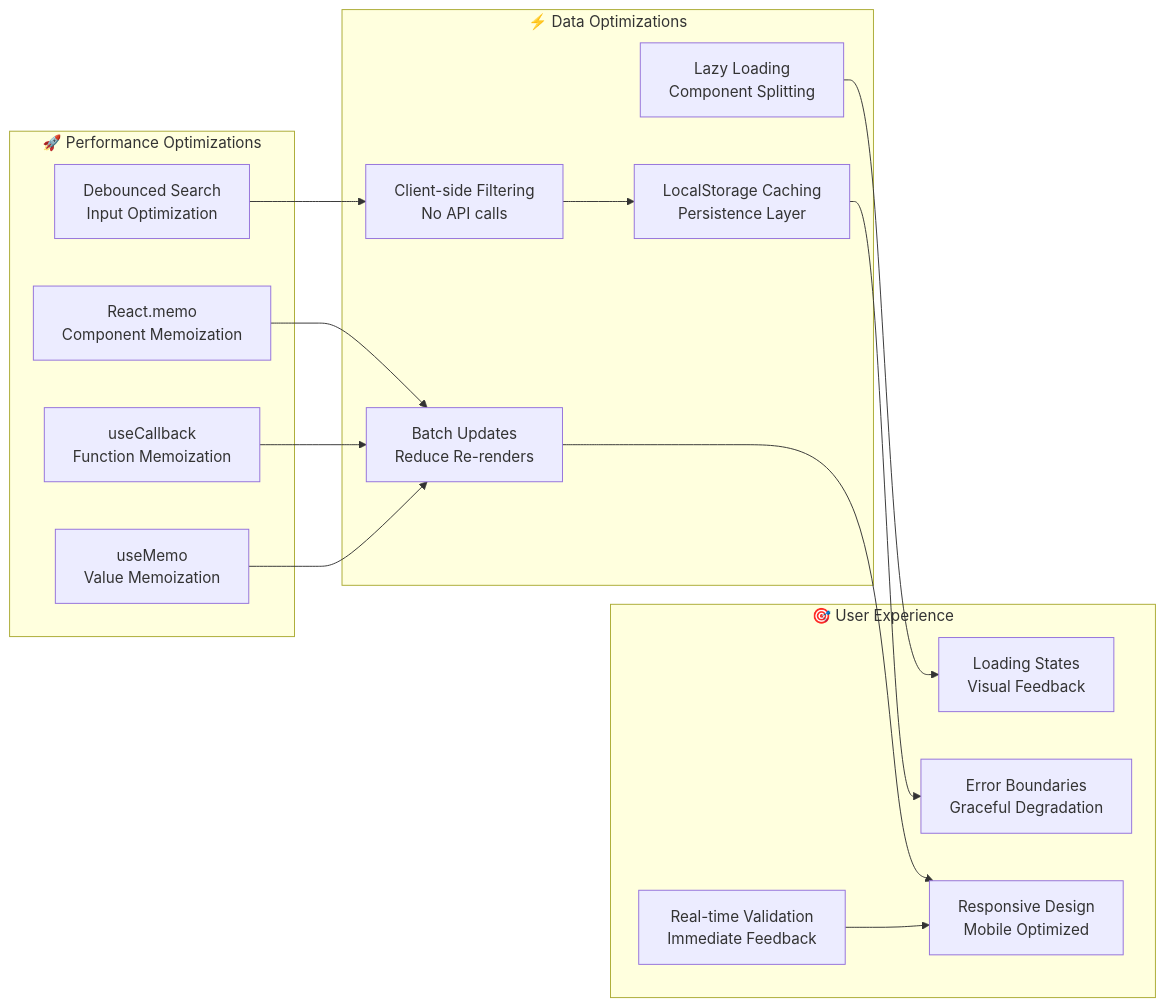
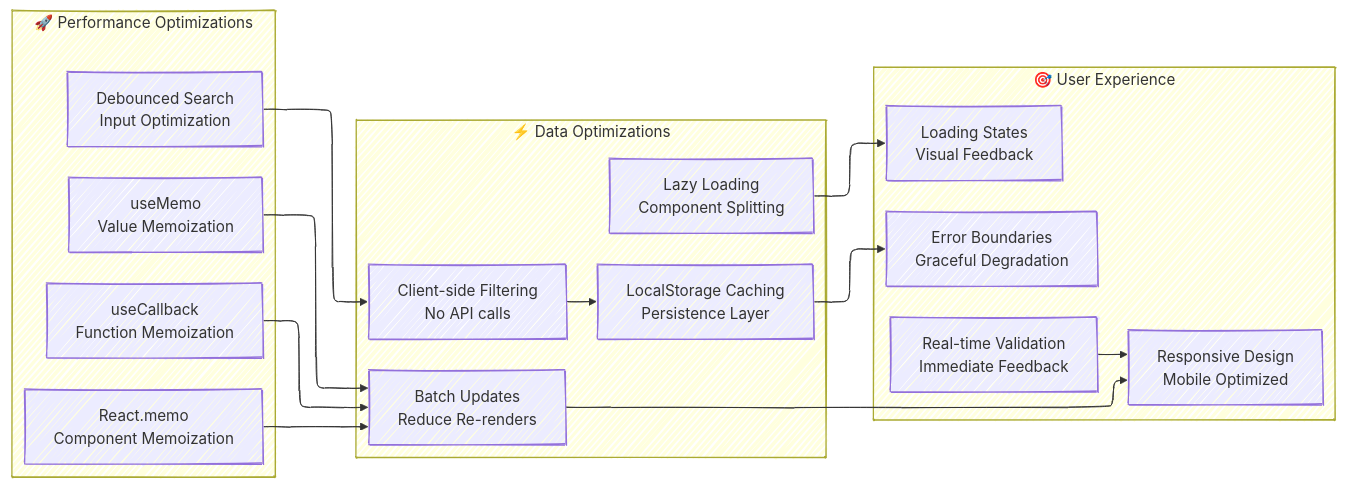
The sixth of 7 diagrams in PROJECT_ARCHITECTURE.md (shahinabdi/Salary-Manager), drawn with Mermaid before and after one commit. The commit also changed other lines of this file, not shown here.

Commit message:
refactor: update architecture diagrams for clarity and organization

````diff
--- a/PROJECT_ARCHITECTURE.md
+++ b/PROJECT_ARCHITECTURE.md
@@ -463,33 +405,39 @@
 ```mermaid
+---
+config:
+  layout: elk
+  look: handDrawn
+  theme: mc
+---
 graph LR
     subgraph "🚀 Performance Optimizations"
         MEMO[React.memo<br/>Component Memoization]
         CALLBACK[useCallback<br/>Function Memoization]
         USEMEMO[useMemo<br/>Value Memoization]
         DEBOUNCE[Debounced Search<br/>Input Optimization]
     end
     
     subgraph "⚡ Data Optimizations"
         FILTER[Client-side Filtering<br/>No API calls]
         LAZY[Lazy Loading<br/>Component Splitting]
         CACHE[LocalStorage Caching<br/>Persistence Layer]
         BATCH[Batch Updates<br/>Reduce Re-renders]
     end
     
     subgraph "🎯 User Experience"
         LOADING[Loading States<br/>Visual Feedback]
         ERROR[Error Boundaries<br/>Graceful Degradation]
         RESPONSIVE[Responsive Design<br/>Mobile Optimized]
         VALIDATION[Real-time Validation<br/>Immediate Feedback]
     end
     
     MEMO --> BATCH
     CALLBACK --> BATCH
     USEMEMO --> BATCH
     DEBOUNCE --> FILTER
     FILTER --> CACHE
     LAZY --> LOADING
     CACHE --> ERROR
     BATCH --> RESPONSIVE
     VALIDATION --> RESPONSIVE
 ```
````
